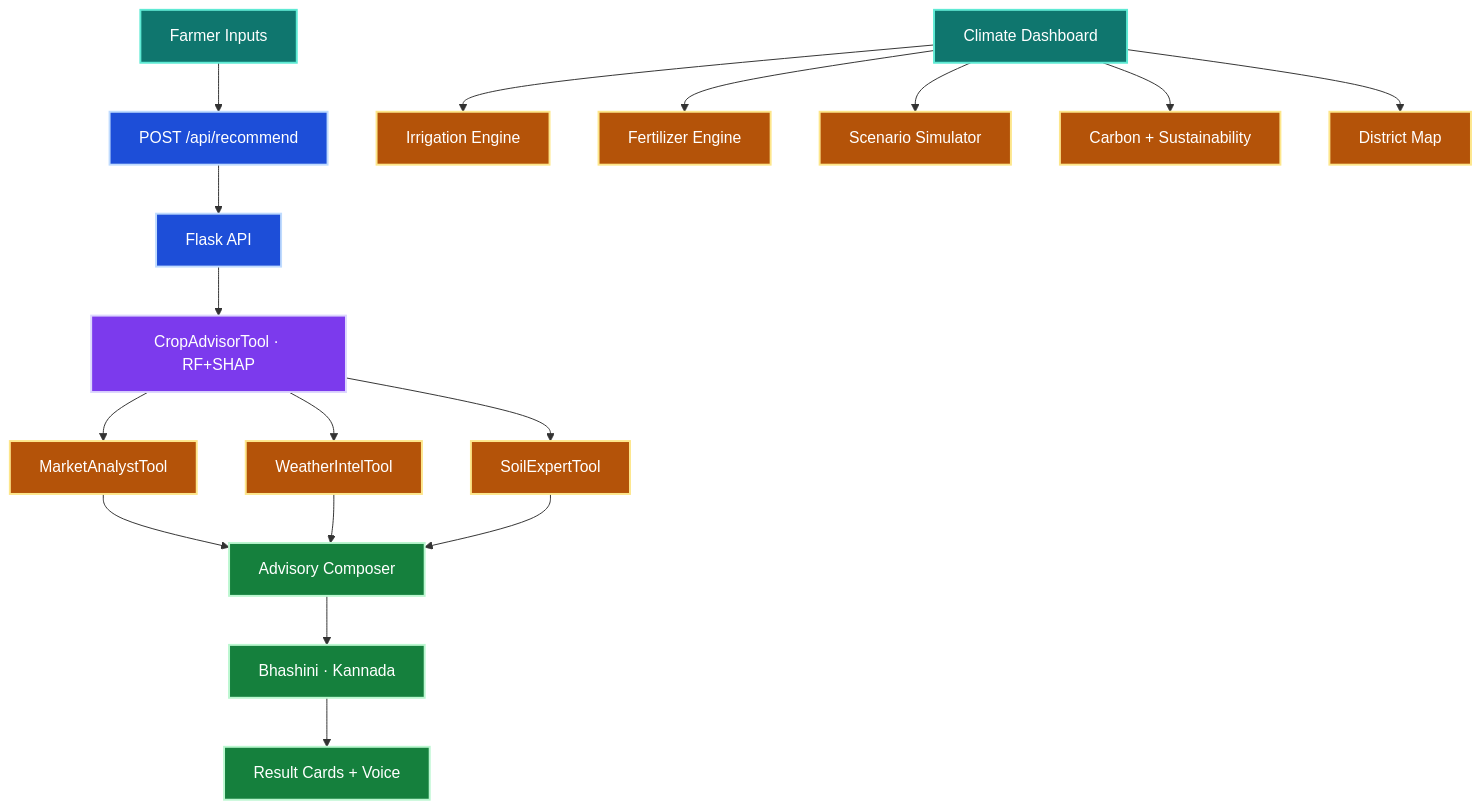
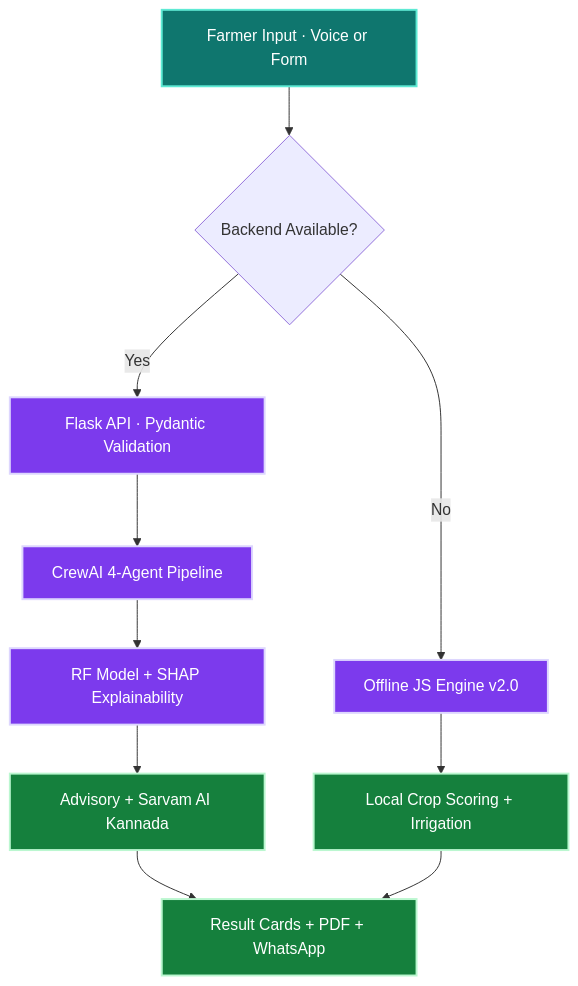
Before and after one commit to Yashaswini-V21/Rytha_Mitra: the second of 2 diagrams in README.md, drawn with Mermaid. The commit also changed other lines of this file and 1 other file, not shown here.

Commit message:
updated: premium README, Sarvam AI voice, removed redundant docs

````diff
--- a/README.md
+++ b/README.md
@@ -300,26 +208,16 @@
 ```mermaid
 flowchart TD
-  classDef input fill:#0f766e,stroke:#5eead4,color:#ffffff,stroke-width:2px;
-  classDef api fill:#1d4ed8,stroke:#bfdbfe,color:#ffffff,stroke-width:2px;
-  classDef ml fill:#7c3aed,stroke:#ddd6fe,color:#ffffff,stroke-width:2px;
-  classDef climate fill:#b45309,stroke:#fde68a,color:#ffffff,stroke-width:2px;
-  classDef out fill:#15803d,stroke:#bbf7d0,color:#ffffff,stroke-width:2px;
+  classDef input fill:#0f766e,stroke:#5eead4,color:#ffffff,stroke-width:2px
+  classDef process fill:#7c3aed,stroke:#ddd6fe,color:#ffffff,stroke-width:2px
+  classDef output fill:#15803d,stroke:#bbf7d0,color:#ffffff,stroke-width:2px
 
-  A[Farmer Inputs]:::input --> B[POST /api/recommend]:::api
-  B --> C[Flask API]:::api
-  C --> D[CropAdvisorTool · RF+SHAP]:::ml
-  D --> E[MarketAnalystTool]:::climate
-  D --> F[WeatherIntelTool]:::climate
-  D --> G[SoilExpertTool]:::climate
-  E --> H[Advisory Composer]:::out
-  F --> H
-  G --> H
-  H --> I[Bhashini · Kannada]:::out
-  I --> J[Result Cards + Voice]:::out
-
-  K[Climate Dashboard]:::input --> L[Irrigation Engine]:::climate
-  K --> M[Fertilizer Engine]:::climate
-  K --> N[Scenario Simulator]:::climate
-  K --> O[Carbon + Sustainability]:::climate
-  K --> P[District Map]:::climate
+  A[Farmer Input · Voice or Form]:::input --> B{Backend Available?}
+  B -->|Yes| C[Flask API · Pydantic Validation]:::process
+  B -->|No| D[Offline JS Engine v2.0]:::process
+  C --> E[CrewAI 4-Agent Pipeline]:::process
+  E --> F[RF Model + SHAP Explainability]:::process
+  F --> G[Advisory + Sarvam AI Kannada]:::output
+  D --> H[Local Crop Scoring + Irrigation]:::output
+  G --> I[Result Cards + PDF + WhatsApp]:::output
+  H --> I
 ```
````
